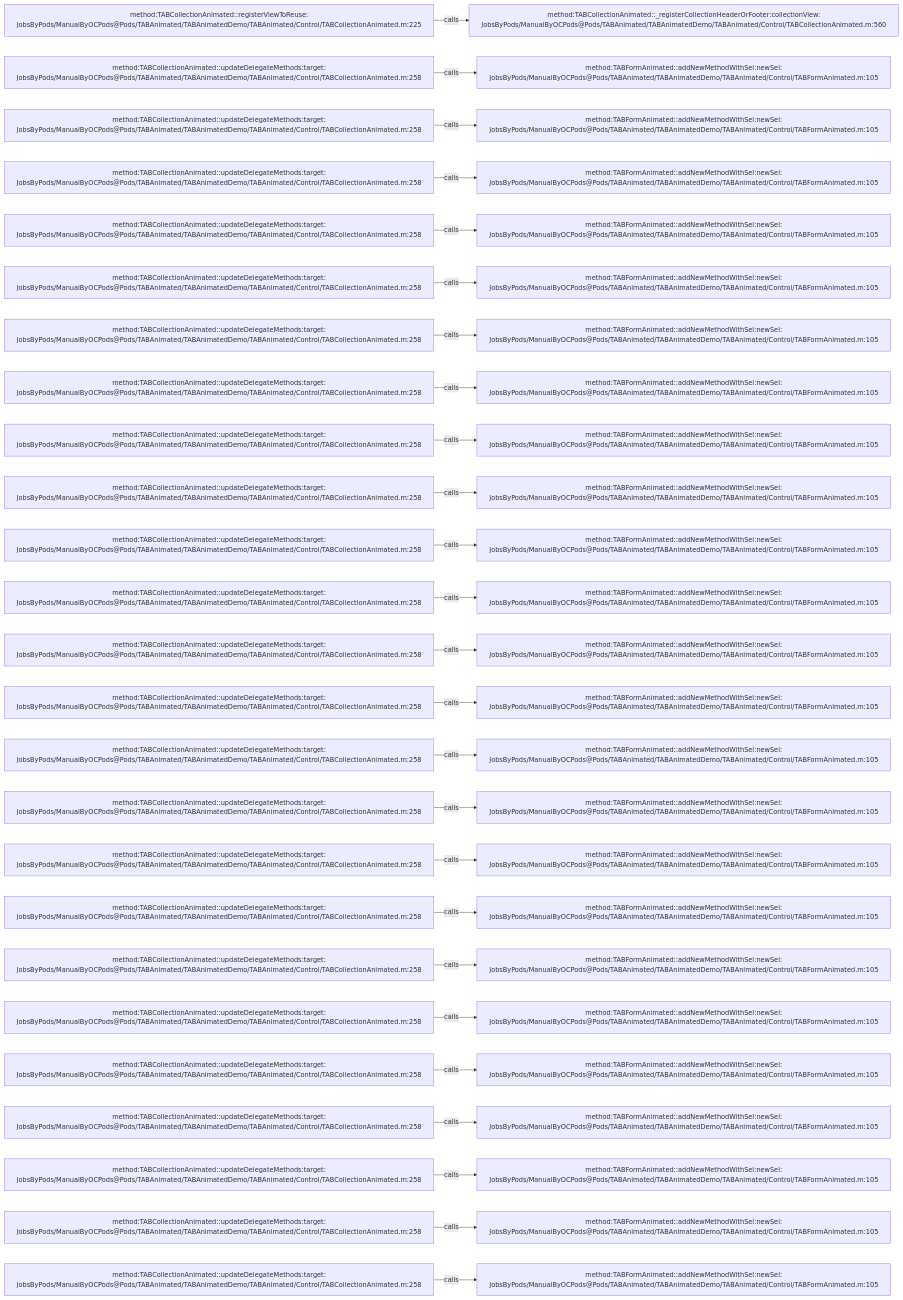
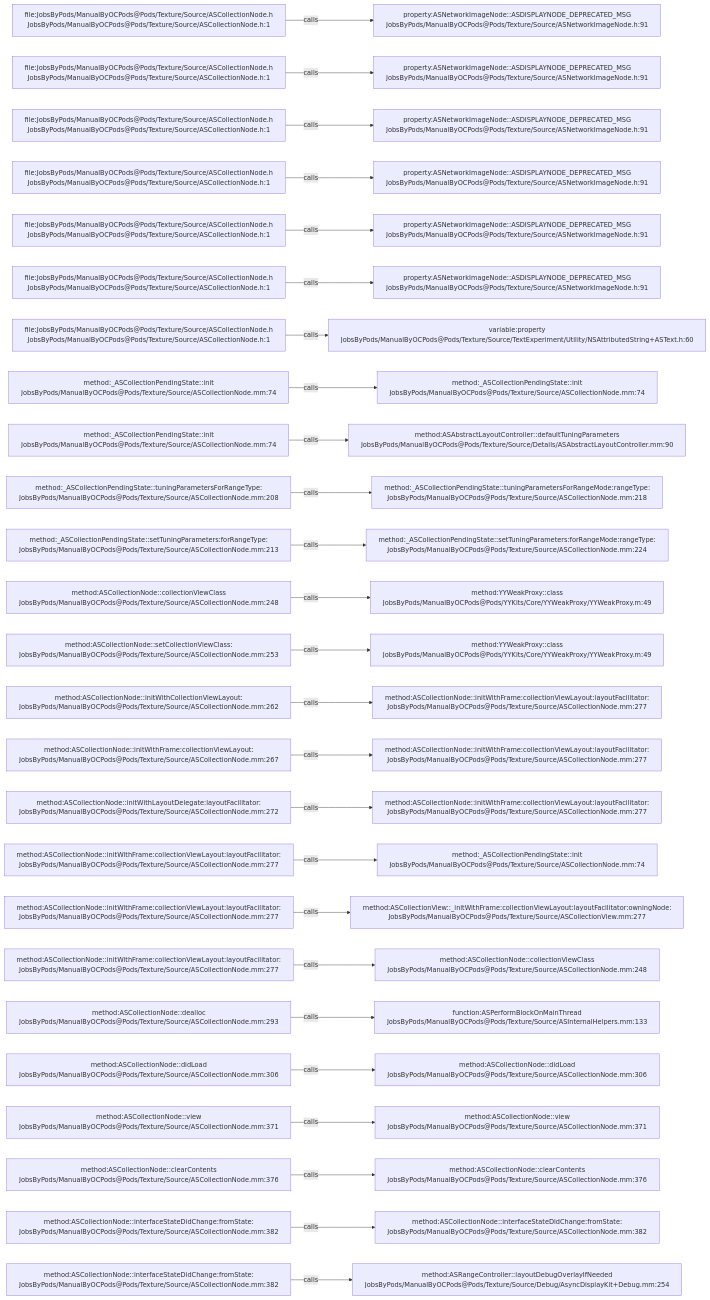
The diagram in .codegraph/codegraph.md/graphs/calls-185.md (JobsKits/JobsOCBaseConfigDemo), drawn with Mermaid before and after one commit. The commit also changed 573 other files, not shown here.

````diff
--- a/.codegraph/codegraph.md/graphs/calls-185.md
+++ b/.codegraph/codegraph.md/graphs/calls-185.md
@@ -13,78 +13,78 @@
 ```mermaid
 flowchart LR
-  S1["method:TABCollectionAnimated::registerViewToReuse:<br/>JobsByPods/ManualByOCPods@Pods/TABAnimated/TABAnimatedDemo/TABAnimated/Control/TABCollectionAnimated.m:225"]
-  T1["method:TABCollectionAnimated::_registerCollectionHeaderOrFooter:collectionView:<br/>JobsByPods/ManualByOCPods@Pods/TABAnimated/TABAnimatedDemo/TABAnimated/Control/TABCollectionAnimated.m:560"]
+  S1["file:JobsByPods/ManualByOCPods@Pods/Texture/Source/ASCollectionNode.h<br/>JobsByPods/ManualByOCPods@Pods/Texture/Source/ASCollectionNode.h:1"]
+  T1["property:ASNetworkImageNode::ASDISPLAYNODE_DEPRECATED_MSG<br/>JobsByPods/ManualByOCPods@Pods/Texture/Source/ASNetworkImageNode.h:91"]
   S1 -->|calls| T1
-  S2["method:TABCollectionAnimated::updateDelegateMethods:target:<br/>JobsByPods/ManualByOCPods@Pods/TABAnimated/TABAnimatedDemo/TABAnimated/Control/TABCollectionAnimated.m:258"]
-  T2["method:TABFormAnimated::addNewMethodWithSel:newSel:<br/>JobsByPods/ManualByOCPods@Pods/TABAnimated/TABAnimatedDemo/TABAnimated/Control/TABFormAnimated.m:105"]
+  S2["file:JobsByPods/ManualByOCPods@Pods/Texture/Source/ASCollectionNode.h<br/>JobsByPods/ManualByOCPods@Pods/Texture/Source/ASCollectionNode.h:1"]
+  T2["property:ASNetworkImageNode::ASDISPLAYNODE_DEPRECATED_MSG<br/>JobsByPods/ManualByOCPods@Pods/Texture/Source/ASNetworkImageNode.h:91"]
   S2 -->|calls| T2
-  S3["method:TABCollectionAnimated::updateDelegateMethods:target:<br/>JobsByPods/ManualByOCPods@Pods/TABAnimated/TABAnimatedDemo/TABAnimated/Control/TABCollectionAnimated.m:258"]
-  T3["method:TABFormAnimated::addNewMethodWithSel:newSel:<br/>JobsByPods/ManualByOCPods@Pods/TABAnimated/TABAnimatedDemo/TABAnimated/Control/TABFormAnimated.m:105"]
+  S3["file:JobsByPods/ManualByOCPods@Pods/Texture/Source/ASCollectionNode.h<br/>JobsByPods/ManualByOCPods@Pods/Texture/Source/ASCollectionNode.h:1"]
+  T3["property:ASNetworkImageNode::ASDISPLAYNODE_DEPRECATED_MSG<br/>JobsByPods/ManualByOCPods@Pods/Texture/Source/ASNetworkImageNode.h:91"]
   S3 -->|calls| T3
-  S4["method:TABCollectionAnimated::updateDelegateMethods:target:<br/>JobsByPods/ManualByOCPods@Pods/TABAnimated/TABAnimatedDemo/TABAnimated/Control/TABCollectionAnimated.m:258"]
-  T4["method:TABFormAnimated::addNewMethodWithSel:newSel:<br/>JobsByPods/ManualByOCPods@Pods/TABAnimated/TABAnimatedDemo/TABAnimated/Control/TABFormAnimated.m:105"]
+  S4["file:JobsByPods/ManualByOCPods@Pods/Texture/Source/ASCollectionNode.h<br/>JobsByPods/ManualByOCPods@Pods/Texture/Source/ASCollectionNode.h:1"]
+  T4["property:ASNetworkImageNode::ASDISPLAYNODE_DEPRECATED_MSG<br/>JobsByPods/ManualByOCPods@Pods/Texture/Source/ASNetworkImageNode.h:91"]
   S4 -->|calls| T4
-  S5["method:TABCollectionAnimated::updateDelegateMethods:target:<br/>JobsByPods/ManualByOCPods@Pods/TABAnimated/TABAnimatedDemo/TABAnimated/Control/TABCollectionAnimated.m:258"]
-  T5["method:TABFormAnimated::addNewMethodWithSel:newSel:<br/>JobsByPods/ManualByOCPods@Pods/TABAnimated/TABAnimatedDemo/TABAnimated/Control/TABFormAnimated.m:105"]
+  S5["file:JobsByPods/ManualByOCPods@Pods/Texture/Source/ASCollectionNode.h<br/>JobsByPods/ManualByOCPods@Pods/Texture/Source/ASCollectionNode.h:1"]
+  T5["property:ASNetworkImageNode::ASDISPLAYNODE_DEPRECATED_MSG<br/>JobsByPods/ManualByOCPods@Pods/Texture/Source/ASNetworkImageNode.h:91"]
   S5 -->|calls| T5
-  S6["method:TABCollectionAnimated::updateDelegateMethods:target:<br/>JobsByPods/ManualByOCPods@Pods/TABAnimated/TABAnimatedDemo/TABAnimated/Control/TABCollectionAnimated.m:258"]
-  T6["method:TABFormAnimated::addNewMethodWithSel:newSel:<br/>JobsByPods/ManualByOCPods@Pods/TABAnimated/TABAnimatedDemo/TABAnimated/Control/TABFormAnimated.m:105"]
+  S6["file:JobsByPods/ManualByOCPods@Pods/Texture/Source/ASCollectionNode.h<br/>JobsByPods/ManualByOCPods@Pods/Texture/Source/ASCollectionNode.h:1"]
+  T6["property:ASNetworkImageNode::ASDISPLAYNODE_DEPRECATED_MSG<br/>JobsByPods/ManualByOCPods@Pods/Texture/Source/ASNetworkImageNode.h:91"]
   S6 -->|calls| T6
-  S7["method:TABCollectionAnimated::updateDelegateMethods:target:<br/>JobsByPods/ManualByOCPods@Pods/TABAnimated/TABAnimatedDemo/TABAnimated/Control/TABCollectionAnimated.m:258"]
-  T7["method:TABFormAnimated::addNewMethodWithSel:newSel:<br/>JobsByPods/ManualByOCPods@Pods/TABAnimated/TABAnimatedDemo/TABAnimated/Control/TABFormAnimated.m:105"]
+  S7["file:JobsByPods/ManualByOCPods@Pods/Texture/Source/ASCollectionNode.h<br/>JobsByPods/ManualByOCPods@Pods/Texture/Source/ASCollectionNode.h:1"]
+  T7["variable:property<br/>JobsByPods/ManualByOCPods@Pods/Texture/Source/TextExperiment/Utility/NSAttributedString+ASText.h:60"]
   S7 -->|calls| T7
-  S8["method:TABCollectionAnimated::updateDelegateMethods:target:<br/>JobsByPods/ManualByOCPods@Pods/TABAnimated/TABAnimatedDemo/TABAnimated/Control/TABCollectionAnimated.m:258"]
-  T8["method:TABFormAnimated::addNewMethodWithSel:newSel:<br/>JobsByPods/ManualByOCPods@Pods/TABAnimated/TABAnimatedDemo/TABAnimated/Control/TABFormAnimated.m:105"]
+  S8["method:_ASCollectionPendingState::init<br/>JobsByPods/ManualByOCPods@Pods/Texture/Source/ASCollectionNode.mm:74"]
+  T8["method:_ASCollectionPendingState::init<br/>JobsByPods/ManualByOCPods@Pods/Texture/Source/ASCollectionNode.mm:74"]
   S8 -->|calls| T8
-  S9["method:TABCollectionAnimated::updateDelegateMethods:target:<br/>JobsByPods/ManualByOCPods@Pods/TABAnimated/TABAnimatedDemo/TABAnimated/Control/TABCollectionAnimated.m:258"]
-  T9["method:TABFormAnimated::addNewMethodWithSel:newSel:<br/>JobsByPods/ManualByOCPods@Pods/TABAnimated/TABAnimatedDemo/TABAnimated/Control/TABFormAnimated.m:105"]
+  S9["method:_ASCollectionPendingState::init<br/>JobsByPods/ManualByOCPods@Pods/Texture/Source/ASCollectionNode.mm:74"]
+  T9["method:ASAbstractLayoutController::defaultTuningParameters<br/>JobsByPods/ManualByOCPods@Pods/Texture/Source/Details/ASAbstractLayoutController.mm:90"]
   S9 -->|calls| T9
-  S10["method:TABCollectionAnimated::updateDelegateMethods:target:<br/>JobsByPods/ManualByOCPods@Pods/TABAnimated/TABAnimatedDemo/TABAnimated/Control/TABCollectionAnimated.m:258"]
-  T10["method:TABFormAnimated::addNewMethodWithSel:newSel:<br/>JobsByPods/ManualByOCPods@Pods/TABAnimated/TABAnimatedDemo/TABAnimated/Control/TABFormAnimated.m:105"]
+  S10["method:_ASCollectionPendingState::tuningParametersForRangeType:<br/>JobsByPods/ManualByOCPods@Pods/Texture/Source/ASCollectionNode.mm:208"]
+  T10["method:_ASCollectionPendingState::tuningParametersForRangeMode:rangeType:<br/>JobsByPods/ManualByOCPods@Pods/Texture/Source/ASCollectionNode.mm:218"]
   S10 -->|calls| T10
-  S11["method:TABCollectionAnimated::updateDelegateMethods:target:<br/>JobsByPods/ManualByOCPods@Pods/TABAnimated/TABAnimatedDemo/TABAnimated/Control/TABCollectionAnimated.m:258"]
-  T11["method:TABFormAnimated::addNewMethodWithSel:newSel:<br/>JobsByPods/ManualByOCPods@Pods/TABAnimated/TABAnimatedDemo/TABAnimated/Control/TABFormAnimated.m:105"]
+  S11["method:_ASCollectionPendingState::setTuningParameters:forRangeType:<br/>JobsByPods/ManualByOCPods@Pods/Texture/Source/ASCollectionNode.mm:213"]
+  T11["method:_ASCollectionPendingState::setTuningParameters:forRangeMode:rangeType:<br/>JobsByPods/ManualByOCPods@Pods/Texture/Source/ASCollectionNode.mm:224"]
   S11 -->|calls| T11
-  S12["method:TABCollectionAnimated::updateDelegateMethods:target:<br/>JobsByPods/ManualByOCPods@Pods/TABAnimated/TABAnimatedDemo/TABAnimated/Control/TABCollectionAnimated.m:258"]
-  T12["method:TABFormAnimated::addNewMethodWithSel:newSel:<br/>JobsByPods/ManualByOCPods@Pods/TABAnimated/TABAnimatedDemo/TABAnimated/Control/TABFormAnimated.m:105"]
+  S12["method:ASCollectionNode::collectionViewClass<br/>JobsByPods/ManualByOCPods@Pods/Texture/Source/ASCollectionNode.mm:248"]
+  T12["method:YYWeakProxy::class<br/>JobsByPods/ManualByOCPods@Pods/YYKits/Core/YYWeakProxy/YYWeakProxy.m:49"]
   S12 -->|calls| T12
-  S13["method:TABCollectionAnimated::updateDelegateMethods:target:<br/>JobsByPods/ManualByOCPods@Pods/TABAnimated/TABAnimatedDemo/TABAnimated/Control/TABCollectionAnimated.m:258"]
-  T13["method:TABFormAnimated::addNewMethodWithSel:newSel:<br/>JobsByPods/ManualByOCPods@Pods/TABAnimated/TABAnimatedDemo/TABAnimated/Control/TABFormAnimated.m:105"]
+  S13["method:ASCollectionNode::setCollectionViewClass:<br/>JobsByPods/ManualByOCPods@Pods/Texture/Source/ASCollectionNode.mm:253"]
+  T13["method:YYWeakProxy::class<br/>JobsByPods/ManualByOCPods@Pods/YYKits/Core/YYWeakProxy/YYWeakProxy.m:49"]
   S13 -->|calls| T13
-  S14["method:TABCollectionAnimated::updateDelegateMethods:target:<br/>JobsByPods/ManualByOCPods@Pods/TABAnimated/TABAnimatedDemo/TABAnimated/Control/TABCollectionAnimated.m:258"]
-  T14["method:TABFormAnimated::addNewMethodWithSel:newSel:<br/>JobsByPods/ManualByOCPods@Pods/TABAnimated/TABAnimatedDemo/TABAnimated/Control/TABFormAnimated.m:105"]
+  S14["method:ASCollectionNode::initWithCollectionViewLayout:<br/>JobsByPods/ManualByOCPods@Pods/Texture/Source/ASCollectionNode.mm:262"]
+  T14["method:ASCollectionNode::initWithFrame:collectionViewLayout:layoutFacilitator:<br/>JobsByPods/ManualByOCPods@Pods/Texture/Source/ASCollectionNode.mm:277"]
   S14 -->|calls| T14
-  S15["method:TABCollectionAnimated::updateDelegateMethods:target:<br/>JobsByPods/ManualByOCPods@Pods/TABAnimated/TABAnimatedDemo/TABAnimated/Control/TABCollectionAnimated.m:258"]
-  T15["method:TABFormAnimated::addNewMethodWithSel:newSel:<br/>JobsByPods/ManualByOCPods@Pods/TABAnimated/TABAnimatedDemo/TABAnimated/Control/TABFormAnimated.m:105"]
+  S15["method:ASCollectionNode::initWithFrame:collectionViewLayout:<br/>JobsByPods/ManualByOCPods@Pods/Texture/Source/ASCollectionNode.mm:267"]
+  T15["method:ASCollectionNode::initWithFrame:collectionViewLayout:layoutFacilitator:<br/>JobsByPods/ManualByOCPods@Pods/Texture/Source/ASCollectionNode.mm:277"]
   S15 -->|calls| T15
-  S16["method:TABCollectionAnimated::updateDelegateMethods:target:<br/>JobsByPods/ManualByOCPods@Pods/TABAnimated/TABAnimatedDemo/TABAnimated/Control/TABCollectionAnimated.m:258"]
-  T16["method:TABFormAnimated::addNewMethodWithSel:newSel:<br/>JobsByPods/ManualByOCPods@Pods/TABAnimated/TABAnimatedDemo/TABAnimated/Control/TABFormAnimated.m:105"]
+  S16["method:ASCollectionNode::initWithLayoutDelegate:layoutFacilitator:<br/>JobsByPods/ManualByOCPods@Pods/Texture/Source/ASCollectionNode.mm:272"]
+  T16["method:ASCollectionNode::initWithFrame:collectionViewLayout:layoutFacilitator:<br/>JobsByPods/ManualByOCPods@Pods/Texture/Source/ASCollectionNode.mm:277"]
   S16 -->|calls| T16
-  S17["method:TABCollectionAnimated::updateDelegateMethods:target:<br/>JobsByPods/ManualByOCPods@Pods/TABAnimated/TABAnimatedDemo/TABAnimated/Control/TABCollectionAnimated.m:258"]
-  T17["method:TABFormAnimated::addNewMethodWithSel:newSel:<br/>JobsByPods/ManualByOCPods@Pods/TABAnimated/TABAnimatedDemo/TABAnimated/Control/TABFormAnimated.m:105"]
+  S17["method:ASCollectionNode::initWithFrame:collectionViewLayout:layoutFacilitator:<br/>JobsByPods/ManualByOCPods@Pods/Texture/Source/ASCollectionNode.mm:277"]
+  T17["method:_ASCollectionPendingState::init<br/>JobsByPods/ManualByOCPods@Pods/Texture/Source/ASCollectionNode.mm:74"]
   S17 -->|calls| T17
-  S18["method:TABCollectionAnimated::updateDelegateMethods:target:<br/>JobsByPods/ManualByOCPods@Pods/TABAnimated/TABAnimatedDemo/TABAnimated/Control/TABCollectionAnimated.m:258"]
-  T18["method:TABFormAnimated::addNewMethodWithSel:newSel:<br/>JobsByPods/ManualByOCPods@Pods/TABAnimated/TABAnimatedDemo/TABAnimated/Control/TABFormAnimated.m:105"]
+  S18["method:ASCollectionNode::initWithFrame:collectionViewLayout:layoutFacilitator:<br/>JobsByPods/ManualByOCPods@Pods/Texture/Source/ASCollectionNode.mm:277"]
+  T18["method:ASCollectionView::_initWithFrame:collectionViewLayout:layoutFacilitator:owningNode:<br/>JobsByPods/ManualByOCPods@Pods/Texture/Source/ASCollectionView.mm:277"]
   S18 -->|calls| T18
-  S19["method:TABCollectionAnimated::updateDelegateMethods:target:<br/>JobsByPods/ManualByOCPods@Pods/TABAnimated/TABAnimatedDemo/TABAnimated/Control/TABCollectionAnimated.m:258"]
-  T19["method:TABFormAnimated::addNewMethodWithSel:newSel:<br/>JobsByPods/ManualByOCPods@Pods/TABAnimated/TABAnimatedDemo/TABAnimated/Control/TABFormAnimated.m:105"]
+  S19["method:ASCollectionNode::initWithFrame:collectionViewLayout:layoutFacilitator:<br/>JobsByPods/ManualByOCPods@Pods/Texture/Source/ASCollectionNode.mm:277"]
+  T19["method:ASCollectionNode::collectionViewClass<br/>JobsByPods/ManualByOCPods@Pods/Texture/Source/ASCollectionNode.mm:248"]
   S19 -->|calls| T19
-  S20["method:TABCollectionAnimated::updateDelegateMethods:target:<br/>JobsByPods/ManualByOCPods@Pods/TABAnimated/TABAnimatedDemo/TABAnimated/Control/TABCollectionAnimated.m:258"]
-  T20["method:TABFormAnimated::addNewMethodWithSel:newSel:<br/>JobsByPods/ManualByOCPods@Pods/TABAnimated/TABAnimatedDemo/TABAnimated/Control/TABFormAnimated.m:105"]
+  S20["method:ASCollectionNode::dealloc<br/>JobsByPods/ManualByOCPods@Pods/Texture/Source/ASCollectionNode.mm:293"]
+  T20["function:ASPerformBlockOnMainThread<br/>JobsByPods/ManualByOCPods@Pods/Texture/Source/ASInternalHelpers.mm:133"]
   S20 -->|calls| T20
-  S21["method:TABCollectionAnimated::updateDelegateMethods:target:<br/>JobsByPods/ManualByOCPods@Pods/TABAnimated/TABAnimatedDemo/TABAnimated/Control/TABCollectionAnimated.m:258"]
-  T21["method:TABFormAnimated::addNewMethodWithSel:newSel:<br/>JobsByPods/ManualByOCPods@Pods/TABAnimated/TABAnimatedDemo/TABAnimated/Control/TABFormAnimated.m:105"]
+  S21["method:ASCollectionNode::didLoad<br/>JobsByPods/ManualByOCPods@Pods/Texture/Source/ASCollectionNode.mm:306"]
+  T21["method:ASCollectionNode::didLoad<br/>JobsByPods/ManualByOCPods@Pods/Texture/Source/ASCollectionNode.mm:306"]
   S21 -->|calls| T21
-  S22["method:TABCollectionAnimated::updateDelegateMethods:target:<br/>JobsByPods/ManualByOCPods@Pods/TABAnimated/TABAnimatedDemo/TABAnimated/Control/TABCollectionAnimated.m:258"]
-  T22["method:TABFormAnimated::addNewMethodWithSel:newSel:<br/>JobsByPods/ManualByOCPods@Pods/TABAnimated/TABAnimatedDemo/TABAnimated/Control/TABFormAnimated.m:105"]
+  S22["method:ASCollectionNode::view<br/>JobsByPods/ManualByOCPods@Pods/Texture/Source/ASCollectionNode.mm:371"]
+  T22["method:ASCollectionNode::view<br/>JobsByPods/ManualByOCPods@Pods/Texture/Source/ASCollectionNode.mm:371"]
   S22 -->|calls| T22
-  S23["method:TABCollectionAnimated::updateDelegateMethods:target:<br/>JobsByPods/ManualByOCPods@Pods/TABAnimated/TABAnimatedDemo/TABAnimated/Control/TABCollectionAnimated.m:258"]
-  T23["method:TABFormAnimated::addNewMethodWithSel:newSel:<br/>JobsByPods/ManualByOCPods@Pods/TABAnimated/TABAnimatedDemo/TABAnimated/Control/TABFormAnimated.m:105"]
+  S23["method:ASCollectionNode::clearContents<br/>JobsByPods/ManualByOCPods@Pods/Texture/Source/ASCollectionNode.mm:376"]
+  T23["method:ASCollectionNode::clearContents<br/>JobsByPods/ManualByOCPods@Pods/Texture/Source/ASCollectionNode.mm:376"]
   S23 -->|calls| T23
-  S24["method:TABCollectionAnimated::updateDelegateMethods:target:<br/>JobsByPods/ManualByOCPods@Pods/TABAnimated/TABAnimatedDemo/TABAnimated/Control/TABCollectionAnimated.m:258"]
-  T24["method:TABFormAnimated::addNewMethodWithSel:newSel:<br/>JobsByPods/ManualByOCPods@Pods/TABAnimated/TABAnimatedDemo/TABAnimated/Control/TABFormAnimated.m:105"]
+  S24["method:ASCollectionNode::interfaceStateDidChange:fromState:<br/>JobsByPods/ManualByOCPods@Pods/Texture/Source/ASCollectionNode.mm:382"]
+  T24["method:ASCollectionNode::interfaceStateDidChange:fromState:<br/>JobsByPods/ManualByOCPods@Pods/Texture/Source/ASCollectionNode.mm:382"]
   S24 -->|calls| T24
-  S25["method:TABCollectionAnimated::updateDelegateMethods:target:<br/>JobsByPods/ManualByOCPods@Pods/TABAnimated/TABAnimatedDemo/TABAnimated/Control/TABCollectionAnimated.m:258"]
-  T25["method:TABFormAnimated::addNewMethodWithSel:newSel:<br/>JobsByPods/ManualByOCPods@Pods/TABAnimated/TABAnimatedDemo/TABAnimated/Control/TABFormAnimated.m:105"]
+  S25["method:ASCollectionNode::interfaceStateDidChange:fromState:<br/>JobsByPods/ManualByOCPods@Pods/Texture/Source/ASCollectionNode.mm:382"]
+  T25["method:ASRangeController::layoutDebugOverlayIfNeeded<br/>JobsByPods/ManualByOCPods@Pods/Texture/Source/Debug/AsyncDisplayKit+Debug.mm:254"]
   S25 -->|calls| T25
 ```
````
